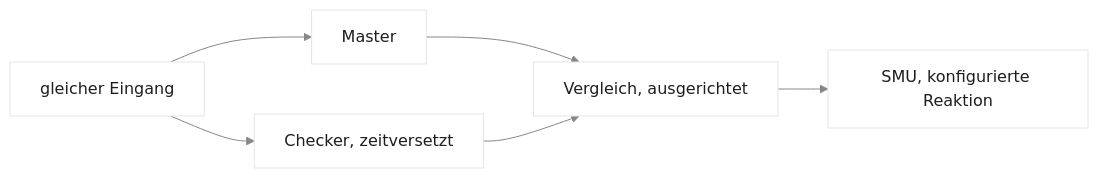
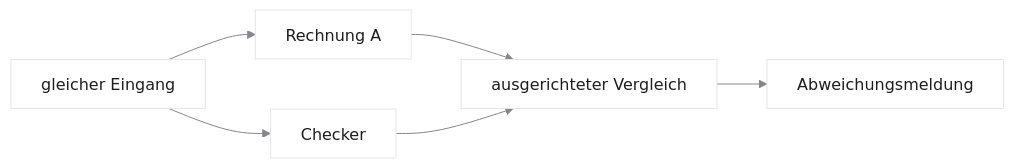
One commit to dantschi/echtzeitsysteme changed the fourth of 8 diagrams in vorlesungen/09_capstone-architekturmuster.qmd. Above: the diagram before and after it, drawn with Mermaid. The commit also changed other lines of this file and 12 other files, not shown here.

````diff
--- a/vorlesungen/09_capstone-architekturmuster.qmd
+++ b/vorlesungen/09_capstone-architekturmuster.qmd
@@ -267,10 +334,11 @@
 ```{mermaid}
-%%| fig-width: 8.4
-%%{init: {'theme': 'base', 'themeVariables': {'background': '#FFFFFF', 'primaryColor': '#FFFFFF', 'primaryBorderColor': '#E5E5EA', 'primaryTextColor': '#1D1D1F', 'lineColor': '#86868B'}}}%%
+%%| fig-width: 5.4
+%%{init: {'theme':'base','htmlLabels':false,'flowchart':{'htmlLabels':false},'themeVariables':{'background':'#FFFFFF','primaryColor':'#FFFFFF','primaryBorderColor':'#E5E5EA','primaryTextColor':'#1D1D1F','lineColor':'#86868B'}}}%%
 flowchart LR
-  IN["gleicher Eingang"] --> M["Master"]
-  IN --> C["Checker, zeitversetzt"]
-  M --> CMP["Vergleich, ausgerichtet"]
-  C --> CMP
-  CMP --> SMU["SMU, konfigurierte Reaktion"]
+ I["gleicher Eingang"] --> A["Rechnung A"]
+ I --> B["Checker"]
+ A --> V["ausgerichteter Vergleich"]
+ B --> V
+ V --> E["Abweichungsmeldung"]
+
 ```
````
